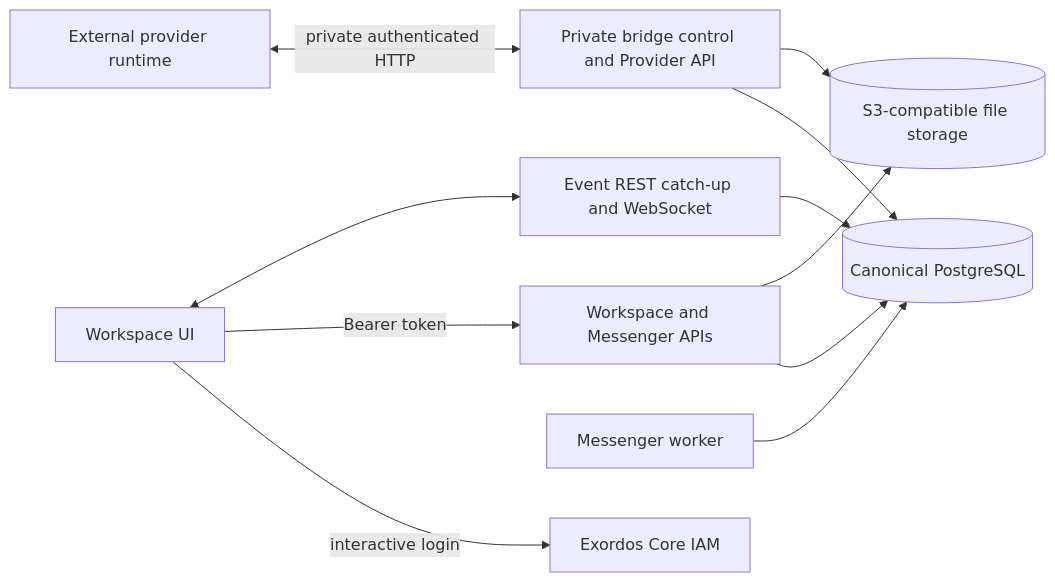
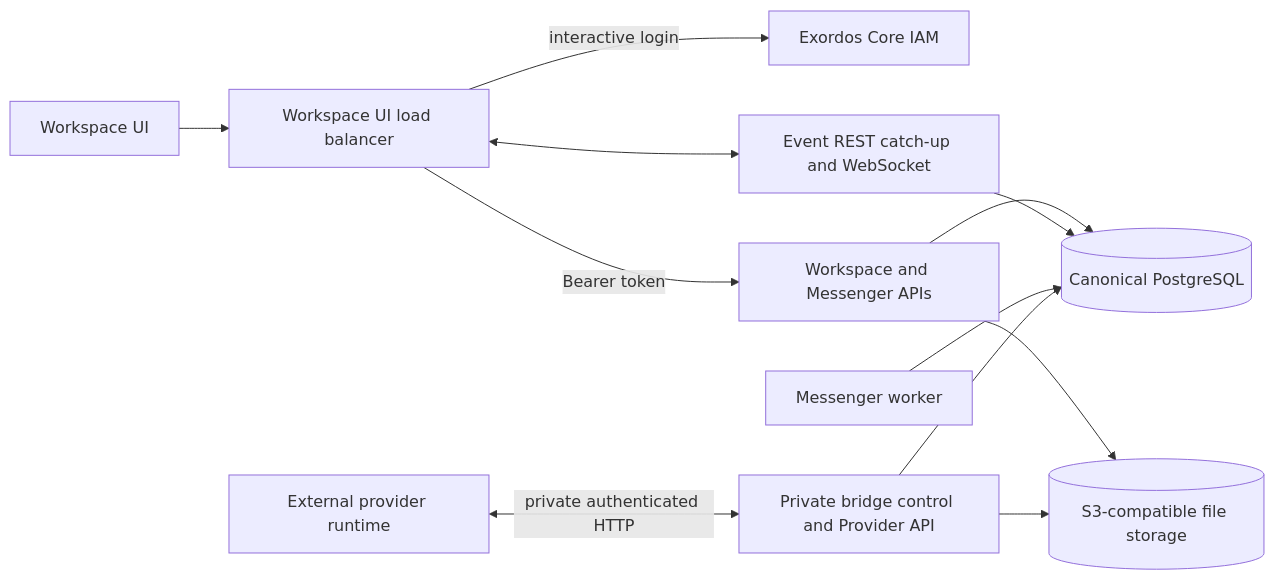
One commit to exordos/workspace_backend changed the diagram in docs/architecture.md. Above: the diagram before and after it, drawn with Mermaid. The commit also changed other lines of this file and 14 other files, not shown here.

````diff
--- a/docs/architecture.md
+++ b/docs/architecture.md
@@ -33,23 +34,25 @@
 ```mermaid
 flowchart LR
     UI["Workspace UI"]
+    LB["Workspace UI load balancer"]
     IAM["Exordos Core IAM"]
     API["Workspace and Messenger APIs"]
     EVENTS["Event REST catch-up and WebSocket"]
     WORKER["Messenger worker"]
     BRIDGEAPI["Private bridge control and Provider API"]
     PROVIDER["External provider runtime"]
     PG[("Canonical PostgreSQL")]
     S3[("S3-compatible file storage")]
 
-    UI -->|"interactive login"| IAM
-    UI -->|"Bearer token"| API
-    UI <--> EVENTS
+    UI --> LB
+    LB -->|"interactive login"| IAM
+    LB -->|"Bearer token"| API
+    LB <--> EVENTS
     API --> PG
     EVENTS --> PG
     WORKER --> PG
     API --> S3
     BRIDGEAPI --> PG
     BRIDGEAPI --> S3
     PROVIDER <-->|"private authenticated HTTP"| BRIDGEAPI
 ```
````
